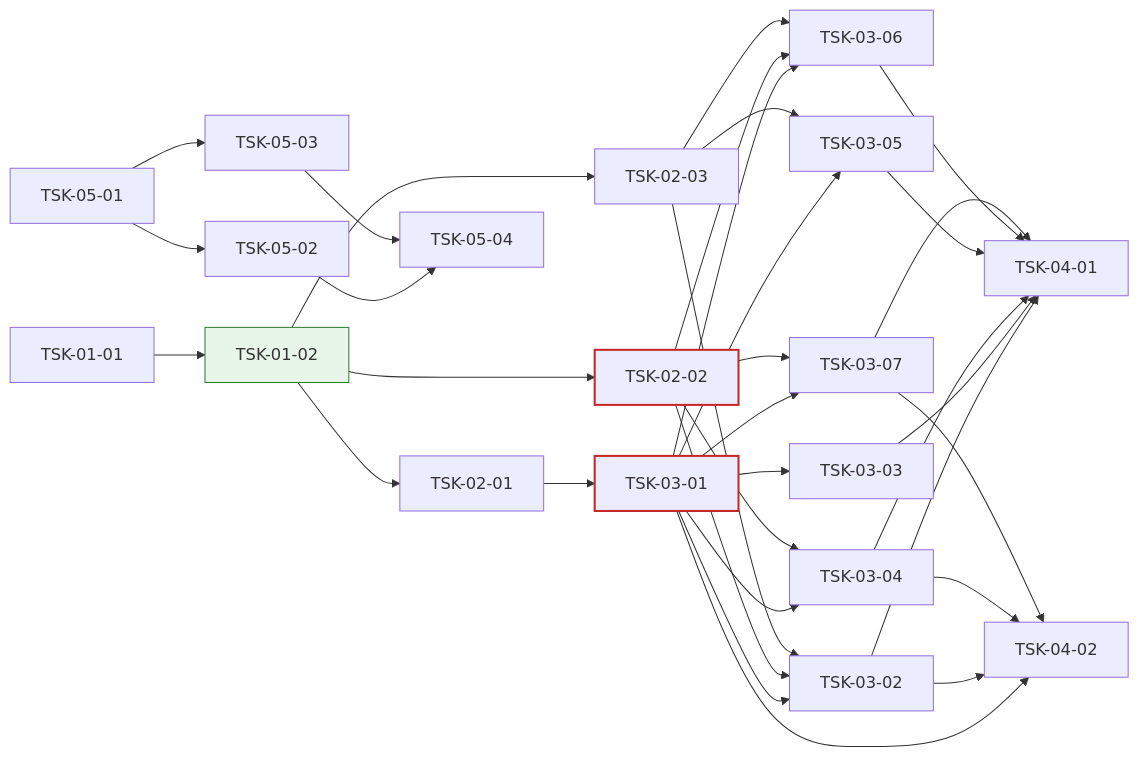
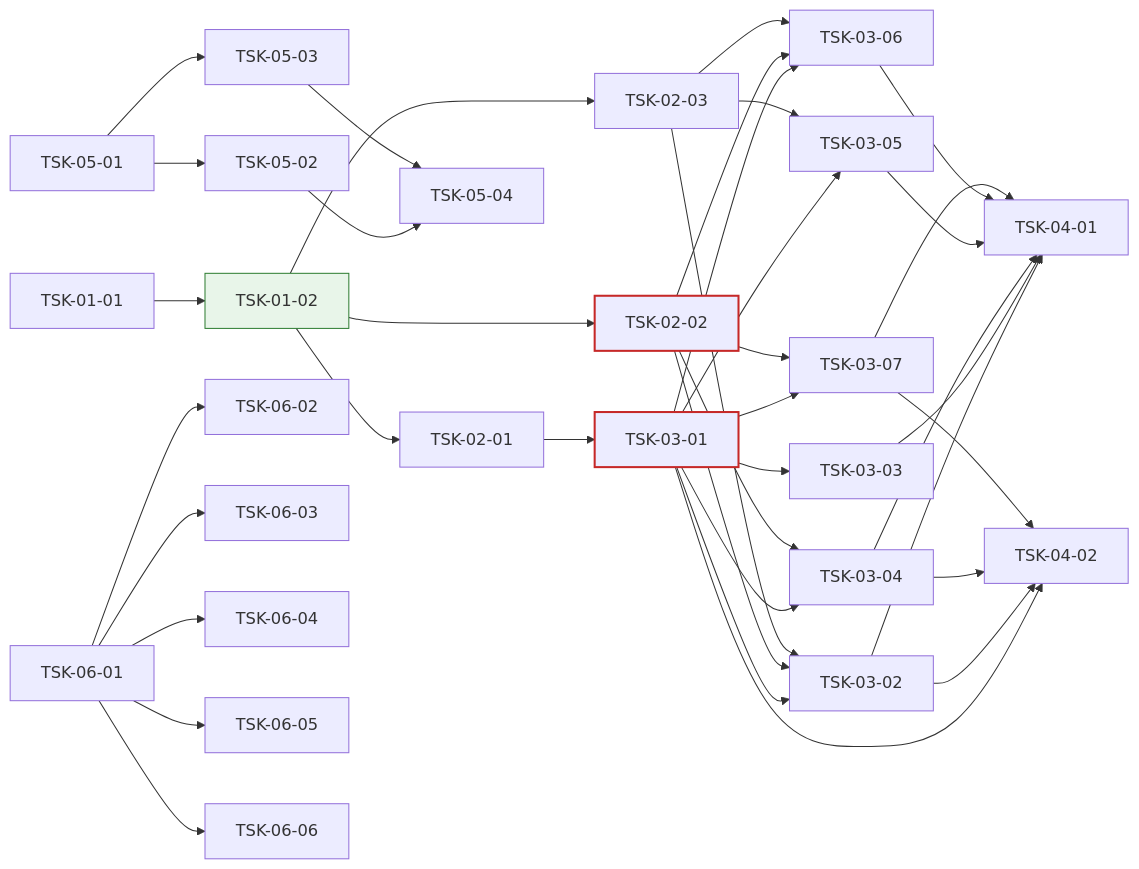
The diagram in docs/oranda1/wbs.md (jongik-sv/oranda), drawn with Mermaid before and after one commit. The commit also changed other lines of this file and 1 other file, not shown here.

````diff
--- a/docs/oranda1/wbs.md
+++ b/docs/oranda1/wbs.md
@@ -328,38 +396,43 @@
 ```mermaid
 graph LR
   TSK-01-01 --> TSK-01-02
   TSK-01-02 --> TSK-02-01
   TSK-01-02 --> TSK-02-02
   TSK-01-02 --> TSK-02-03
   TSK-02-01 --> TSK-03-01
   TSK-03-01 --> TSK-03-02
   TSK-02-02 --> TSK-03-02
   TSK-02-03 --> TSK-03-02
   TSK-03-01 --> TSK-03-03
   TSK-03-01 --> TSK-03-04
   TSK-02-02 --> TSK-03-04
   TSK-03-01 --> TSK-03-05
   TSK-02-03 --> TSK-03-05
   TSK-03-01 --> TSK-03-06
   TSK-02-02 --> TSK-03-06
   TSK-02-03 --> TSK-03-06
   TSK-03-01 --> TSK-03-07
   TSK-02-02 --> TSK-03-07
   TSK-03-02 --> TSK-04-01
   TSK-03-03 --> TSK-04-01
   TSK-03-04 --> TSK-04-01
   TSK-03-05 --> TSK-04-01
   TSK-03-06 --> TSK-04-01
   TSK-03-07 --> TSK-04-01
   TSK-03-01 --> TSK-04-02
   TSK-03-02 --> TSK-04-02
   TSK-03-04 --> TSK-04-02
   TSK-03-07 --> TSK-04-02
   TSK-05-01 --> TSK-05-02
   TSK-05-01 --> TSK-05-03
   TSK-05-02 --> TSK-05-04
   TSK-05-03 --> TSK-05-04
+  TSK-06-01 --> TSK-06-02
+  TSK-06-01 --> TSK-06-03
+  TSK-06-01 --> TSK-06-04
+  TSK-06-01 --> TSK-06-05
+  TSK-06-01 --> TSK-06-06
   style TSK-01-02 fill:#e8f5e9,stroke:#2e7d32
   style TSK-03-01 stroke:#c62828,stroke-width:2px
   style TSK-02-02 stroke:#c62828,stroke-width:2px
 ```
````
